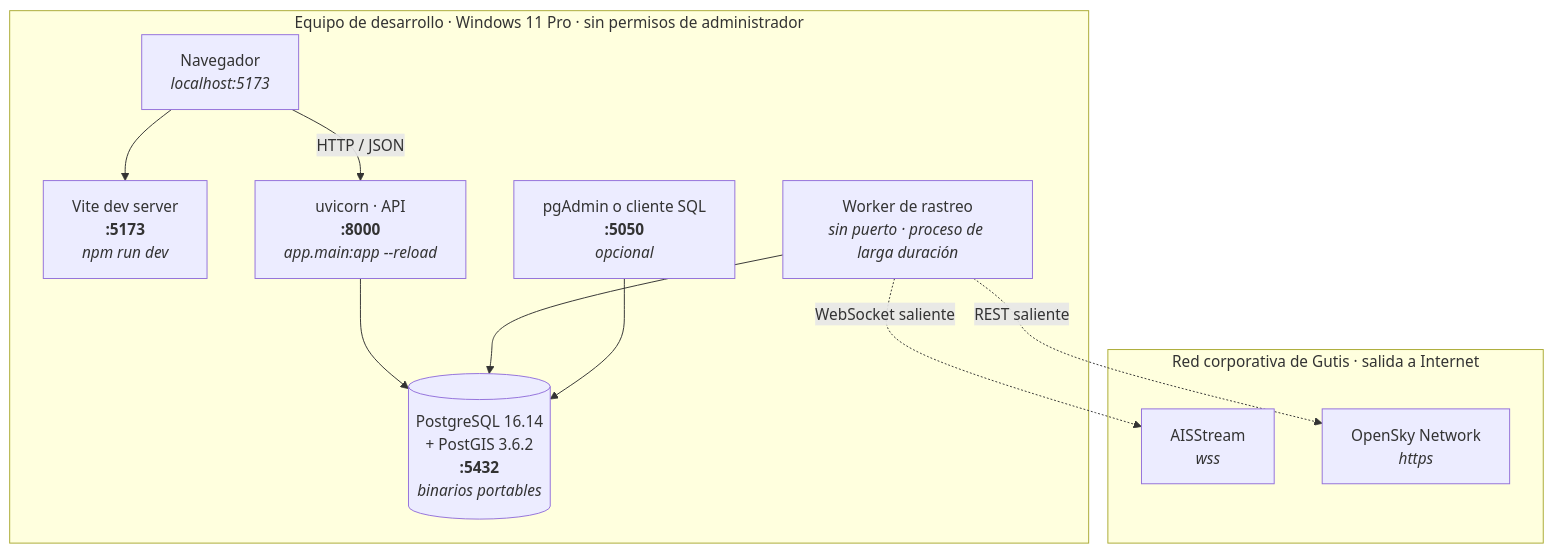
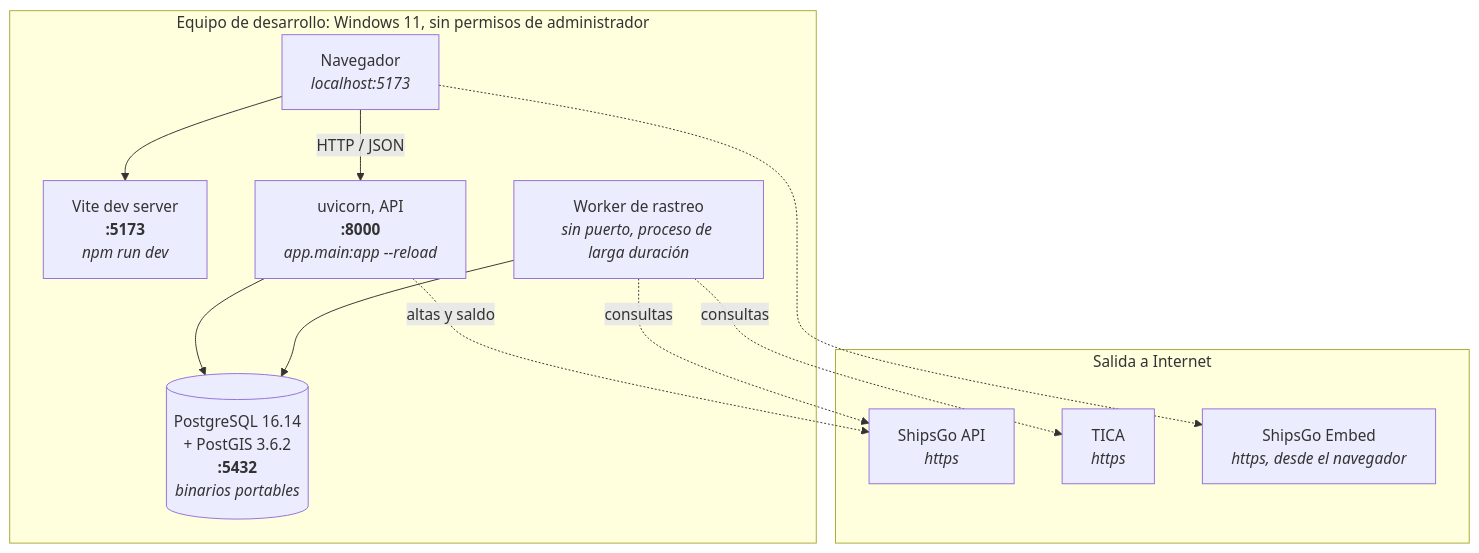
The second of 3 diagrams in docs/architecture.md (mdjmayorga/TrackIn), drawn with Mermaid before and after one commit. The commit also changed other lines of this file and 16 other files, not shown here.

````diff
--- a/docs/architecture.md
+++ b/docs/architecture.md
@@ -233,24 +190,25 @@
 ```mermaid
 flowchart TB
-    subgraph equipo["Equipo de desarrollo · Windows 11 Pro · sin permisos de administrador"]
+    subgraph equipo["Equipo de desarrollo: Windows 11, sin permisos de administrador"]
         NAV["Navegador<br/><i>localhost:5173</i>"]
         VITE["Vite dev server<br/><b>:5173</b><br/><i>npm run dev</i>"]
-        UVI["uvicorn · API<br/><b>:8000</b><br/><i>app.main:app --reload</i>"]
-        WRK["Worker de rastreo<br/><i>sin puerto · proceso de larga duración</i>"]
+        UVI["uvicorn, API<br/><b>:8000</b><br/><i>app.main:app --reload</i>"]
+        WRK["Worker de rastreo<br/><i>sin puerto, proceso de larga duración</i>"]
         PG[("PostgreSQL 16.14<br/>+ PostGIS 3.6.2<br/><b>:5432</b><br/><i>binarios portables</i>")]
-        ADM["pgAdmin o cliente SQL<br/><b>:5050</b><br/><i>opcional</i>"]
     end
 
-    subgraph red["Red corporativa de Gutis · salida a Internet"]
-        AISX["AISStream<br/><i>wss</i>"]
-        OSNX["OpenSky Network<br/><i>https</i>"]
+    subgraph red["Salida a Internet"]
+        SGX["ShipsGo API<br/><i>https</i>"]
+        TICX["TICA<br/><i>https</i>"]
+        EMBX["ShipsGo Embed<br/><i>https, desde el navegador</i>"]
     end
 
     NAV --> VITE
     NAV -->|"HTTP / JSON"| UVI
+    NAV -.-> EMBX
     UVI --> PG
     WRK --> PG
-    ADM --> PG
-    WRK -.->|"WebSocket saliente"| AISX
-    WRK -.->|"REST saliente"| OSNX
+    UVI -.->|"altas y saldo"| SGX
+    WRK -.->|"consultas"| SGX
+    WRK -.->|"consultas"| TICX
 ```
````
